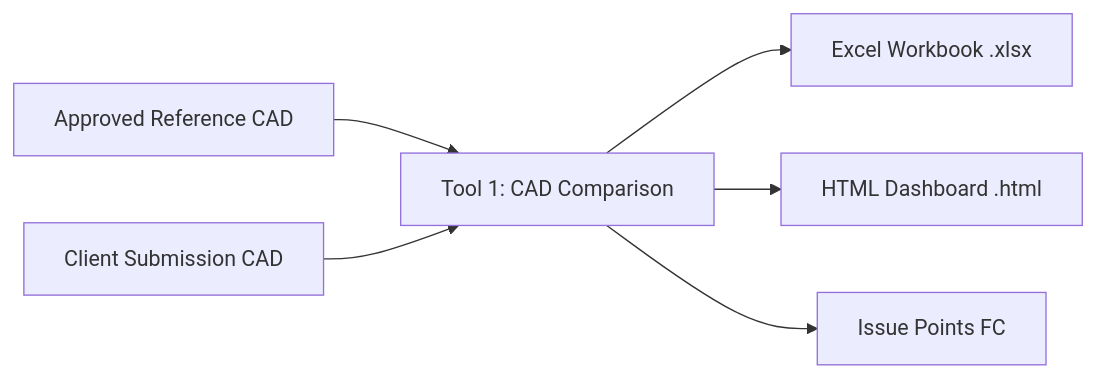
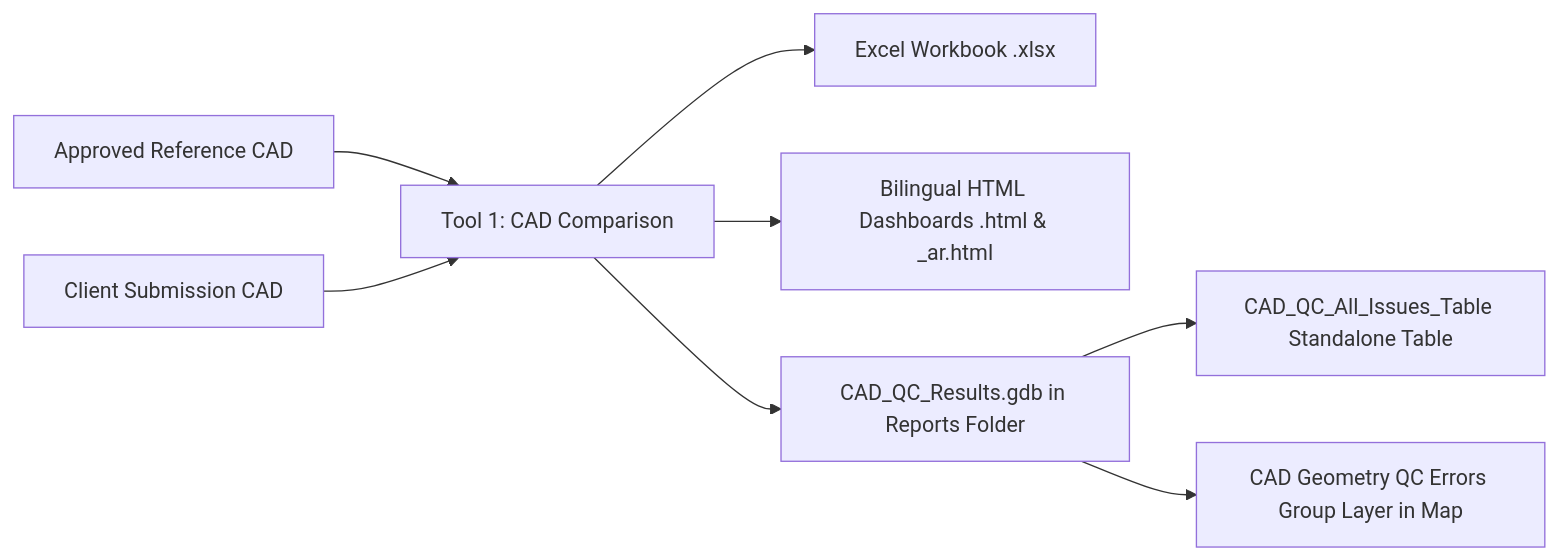
Before and after one commit to aboelmagd1/CAD-Standards-Layer-QC-Analyzer: the second of 2 diagrams in USER_GUIDE.md, drawn with Mermaid. The commit also changed other lines of this file and 35 other files, not shown here.

````diff
--- a/USER_GUIDE.md
+++ b/USER_GUIDE.md
@@ -249,8 +279,10 @@
 ```mermaid
 graph LR
     A[Approved Reference CAD] --> C[Tool 1: CAD Comparison]
     B[Client Submission CAD] --> C
     C --> D[Excel Workbook .xlsx]
-    C --> E[HTML Dashboard .html]
-    C --> F[Issue Points FC]
+    C --> E[Bilingual HTML Dashboards .html & _ar.html]
+    C --> F[CAD_QC_Results.gdb in Reports Folder]
+    F --> G[CAD_QC_All_Issues_Table Standalone Table]
+    F --> H[CAD Geometry QC Errors Group Layer in Map]
 ```
````
